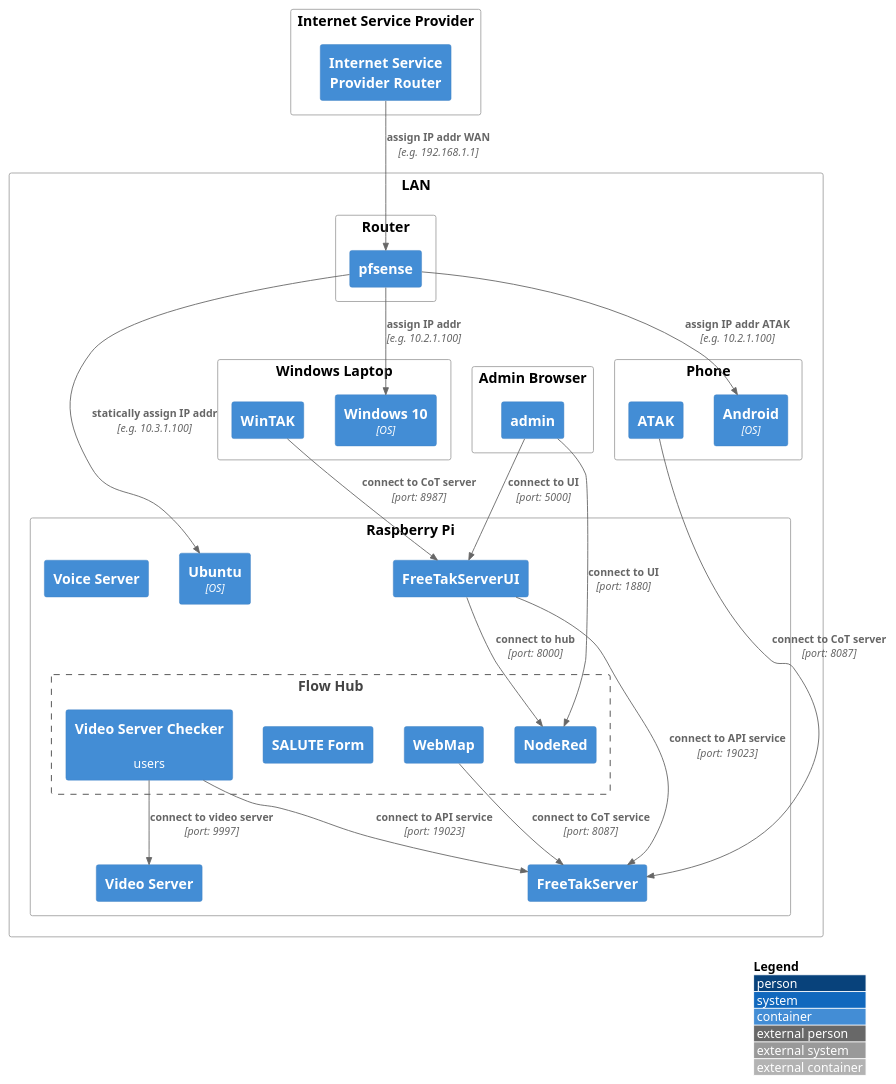
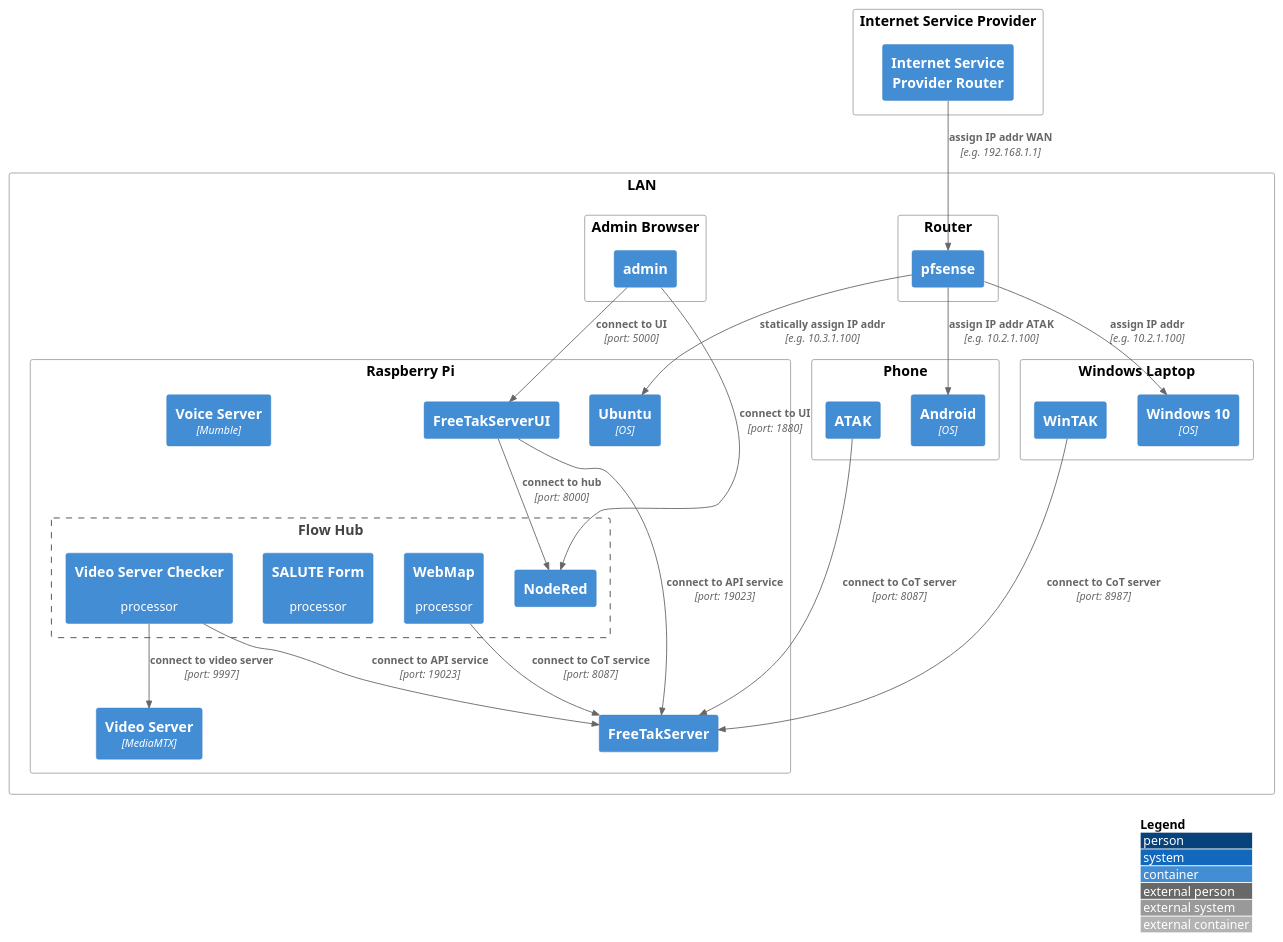
Before and after one commit to FreeTAKTeam/FreeTAKServer-User-Docs: the diagram in docs/diagrams/src/net-deploy-rpi.puml, drawn with PlantUML. The commit also changed 1 other file, not shown here.

Commit message:
trying a different PlantUML mkdocs plugin.

```diff
--- a/docs/diagrams/src/net-deploy-rpi.puml
+++ b/docs/diagrams/src/net-deploy-rpi.puml
@@ -1,61 +1,61 @@
 @startuml
 !include https://raw.githubusercontent.com/plantuml-stdlib/C4-PlantUML/master/C4_Deployment.puml
 
 LAYOUT_TOP_DOWN()
 LAYOUT_WITH_LEGEND()
 
 Node(isp, "Internet Service Provider") {
   Container(ispr, "Internet Service Provider Router")
 }
 
 Node(lan, "LAN") {
     Node(router, "Router") {
         Container(pfs, "pfsense")
     }
     Node(rpi1, "Raspberry Pi") {
         Container(rpios, "Ubuntu", "OS")
         Container(ftsui, "FreeTakServerUI")
         Container(fts, "FreeTakServer")
         Boundary(c1, "Flow Hub"){
             Container(nodered, "NodeRed")
-            Container(video_check, "Video Server Checker", $descr="users")
-            Container(salute, "SALUTE Form")
-            Container(webmap, "WebMap")
+            Container(video_check, "Video Server Checker", $descr="processor")
+            Container(salute, "SALUTE Form", $descr="processor")
+            Container(webmap, "WebMap", $descr="processor")
         }
-        Container(video_server, "Video Server")
-        Container(voice_server, "Voice Server")
+        Container(video_server, "Video Server", "MediaMTX")
+        Container(voice_server, "Voice Server", "Mumble")
     }
     Node(android, "Phone") {
         Container(atakos, "Android", "OS")
         Container(atak, "ATAK")
     }
     Node(laptop, "Windows Laptop") {
         Container(winos, "Windows 10", "OS")
         Container(wintak, "WinTAK")
     }
     Node(browser, "Admin Browser") {
         Container(admin, "admin")
     }
 }
 
 Rel(ispr, pfs, "assign IP addr WAN", "e.g. 192.168.1.1")
 Rel(pfs, atakos, "assign IP addr ATAK", "e.g. 10.2.1.100")
 Rel(pfs, winos, "assign IP addr", "e.g. 10.2.1.100")
 Rel(pfs, rpios, "statically assign IP addr", "e.g. 10.3.1.100")
 
 Rel(admin, ftsui, "connect to UI", "port: 5000")
 Rel(admin, nodered, "connect to UI", "port: 1880")
 
 Rel(atak, fts, "connect to CoT server", "port: 8087")
-Rel(wintak, ftsui, "connect to CoT server", "port: 8987")
+Rel(wintak, fts, "connect to CoT server", "port: 8987")
 
 Rel(ftsui, fts, "connect to API service", "port: 19023")
 Rel(ftsui, nodered, "connect to hub", "port: 8000")
 
 Rel(video_check, video_server, "connect to video server", "port: 9997")
 Rel(video_check, fts, "connect to API service", "port: 19023")
 
 Rel(webmap, fts, "connect to CoT service", "port: 8087")
 
 
 @enduml
```
